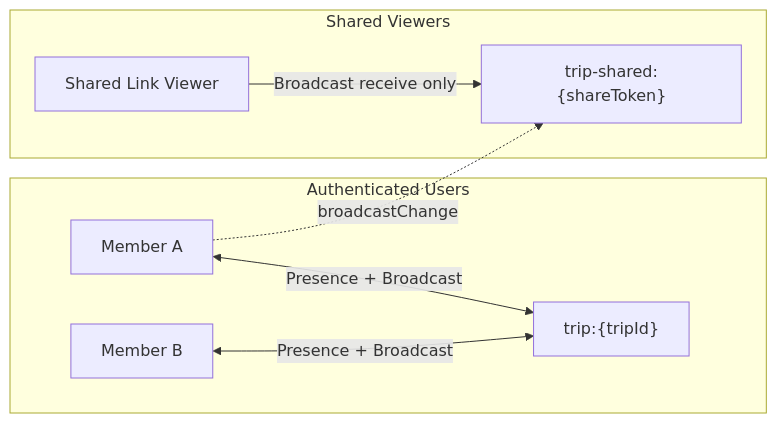
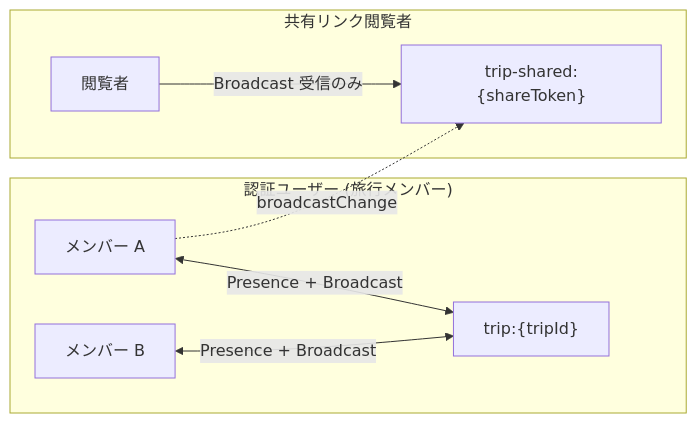
The second of 3 diagrams in docs/architecture/overview.md (u-stem/tabi), drawn with Mermaid before and after one commit. The commit also changed other lines of this file and 2 other files, not shown here.

Commit message:
docs: システム構成図を draw.io に移行、Next.js バージョンを 16 に修正 [skip ci]

````diff
--- a/docs/architecture/overview.md
+++ b/docs/architecture/overview.md
@@ -95,13 +62,13 @@
 ```mermaid
 graph LR
-    subgraph "Authenticated Users"
-        M1[Member A] <-->|Presence + Broadcast| CH1["trip:{tripId}"]
-        M2[Member B] <-->|Presence + Broadcast| CH1
+    subgraph "認証ユーザー (旅行メンバー)"
+        M1[メンバー A] <-->|Presence + Broadcast| CH1["trip:{tripId}"]
+        M2[メンバー B] <-->|Presence + Broadcast| CH1
     end
 
-    subgraph "Shared Viewers"
-        SV[Shared Link Viewer] -->|Broadcast receive only| CH2["trip-shared:{shareToken}"]
+    subgraph "共有リンク閲覧者"
+        SV[閲覧者] -->|Broadcast 受信のみ| CH2["trip-shared:{shareToken}"]
     end
 
     M1 -.->|broadcastChange| CH2
 ```
````
